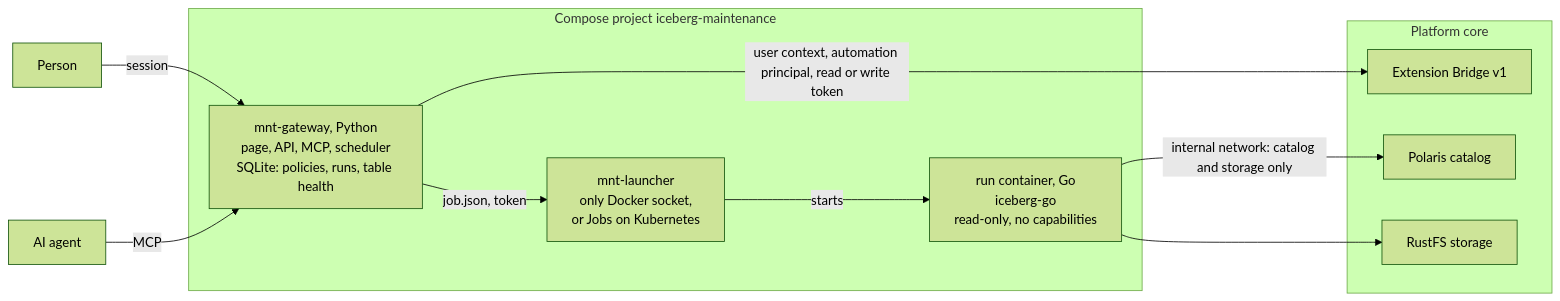
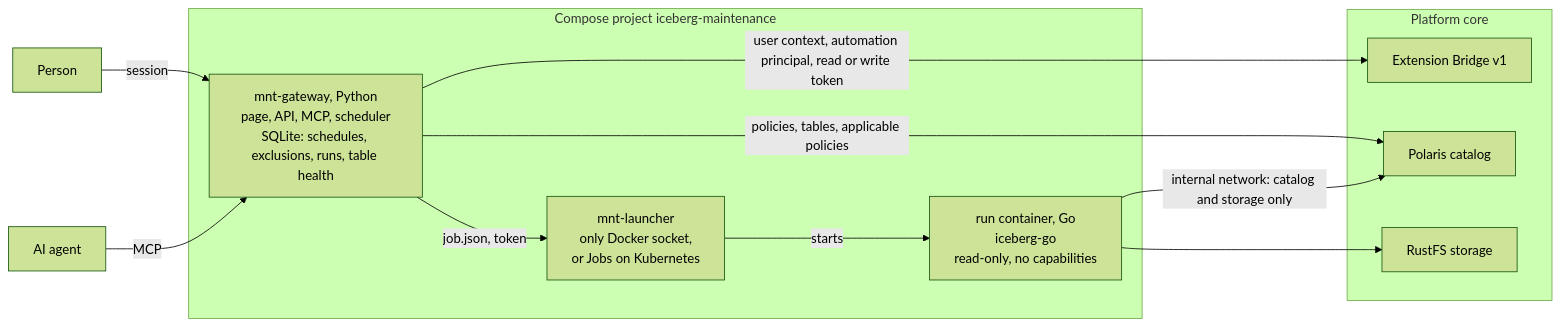
The diagram in docs/develop/maintenance.md (sanderdw/iceberg-data-platform), drawn with Mermaid (forest theme) before and after one commit. The commit also changed other lines of this file and 210 other files, not shown here.

````diff
--- a/docs/develop/maintenance.md
+++ b/docs/develop/maintenance.md
@@ -14,20 +15,21 @@
 ```mermaid
 flowchart LR
     Person[Person] -->|session| GW
     Agent[AI agent] -->|MCP| GW
     subgraph Ext[Compose project iceberg-maintenance]
-        GW[mnt-gateway, Python<br/>page, API, MCP, scheduler<br/>SQLite: policies, runs, table health]
+        GW[mnt-gateway, Python<br/>page, API, MCP, scheduler<br/>SQLite: schedules, exclusions, runs, table health]
         L[mnt-launcher<br/>only Docker socket,<br/>or Jobs on Kubernetes]
         R[run container, Go<br/>iceberg-go<br/>read-only, no capabilities]
     end
     subgraph Core[Platform core]
         Bridge[Extension Bridge v1]
         Polaris[Polaris catalog]
         S3[RustFS storage]
     end
     GW -->|user context, automation principal, read or write token| Bridge
+    GW -->|policies, tables, applicable policies| Polaris
     GW -->|job.json, token| L
     L -->|starts| R
     R -->|internal network: catalog and storage only| Polaris
     R --> S3
 ```
````
